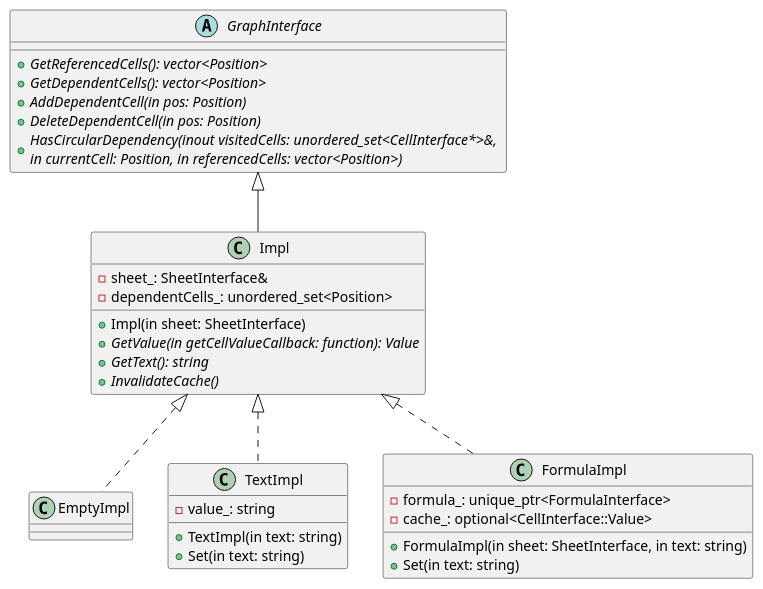
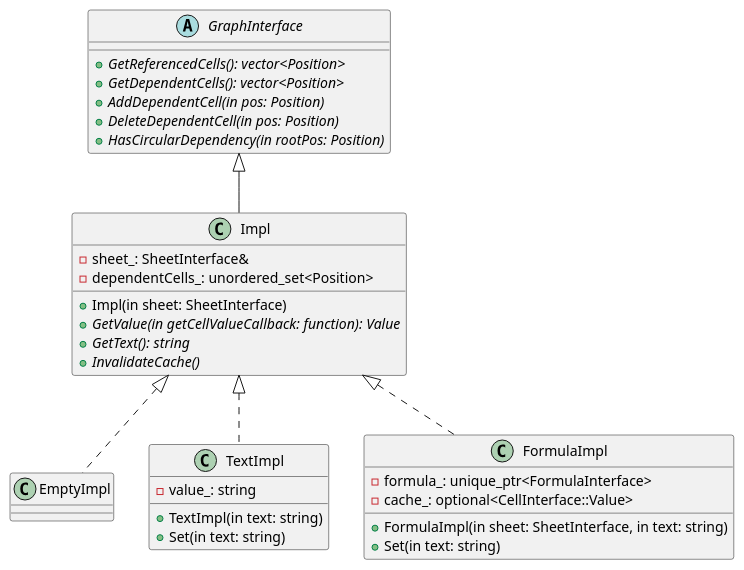
One commit to kazarynau/YandexPraktikumFinal changed the diagram in uml/cellImpl.puml. Above: the diagram before and after it, drawn with PlantUML. The commit also changed 4 other files, not shown here.

Commit message:
Remove recursion from HasCircularDependency

```diff
--- a/uml/cellImpl.puml
+++ b/uml/cellImpl.puml
@@ -2,44 +2,44 @@
 @startuml
 
 abstract class GraphInterface {
     +{abstract} GetReferencedCells(): vector<Position>
     +{abstract} GetDependentCells(): vector<Position>
     +{abstract} AddDependentCell(in pos: Position)
     +{abstract} DeleteDependentCell(in pos: Position)
-    +{abstract} HasCircularDependency(inout visitedCells: unordered_set<CellInterface*>&, \nin currentCell: Position, in referencedCells: vector<Position>)
+    +{abstract} HasCircularDependency(in rootPos: Position)
 }
 
 abstract class Impl {
     +Impl(in sheet: SheetInterface)
     +{abstract} GetValue(in getCellValueCallback: function): Value
     +{abstract} GetText(): string
     +{abstract} InvalidateCache()
 
     -sheet_: SheetInterface&
     -dependentCells_: unordered_set<Position>
 }
 
 class Impl extends GraphInterface
 
 class EmptyImpl {
 }
 
 class TextImpl {
     +TextImpl(in text: string)
     +Set(in text: string)
     -value_: string
 }
 
 class FormulaImpl {
     +FormulaImpl(in sheet: SheetInterface, in text: string)
     +Set(in text: string)
 
     -formula_: unique_ptr<FormulaInterface>
     -cache_: optional<CellInterface::Value>
 }
 
 class EmptyImpl implements Impl
 class TextImpl implements Impl
 class FormulaImpl implements Impl
 
 @enduml
```
